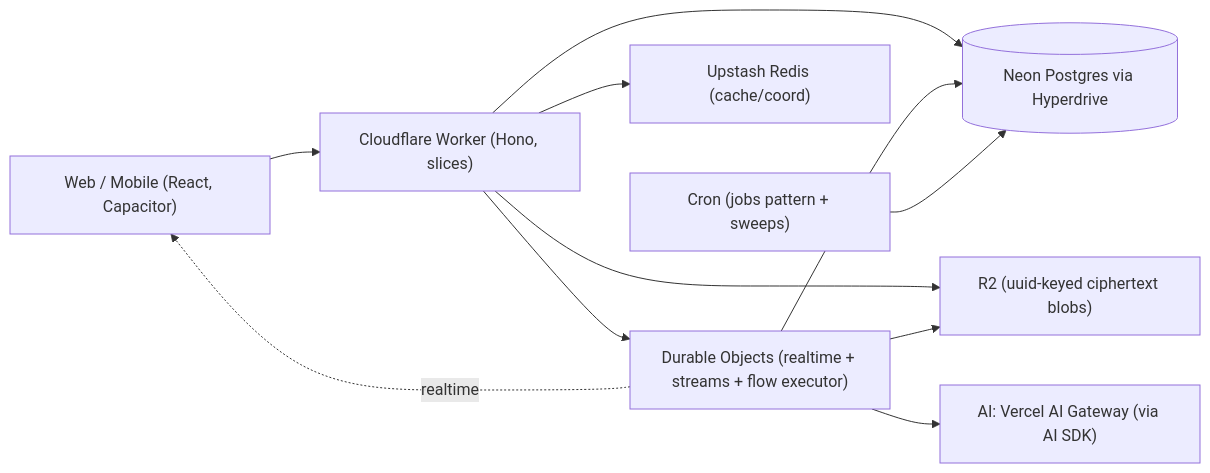
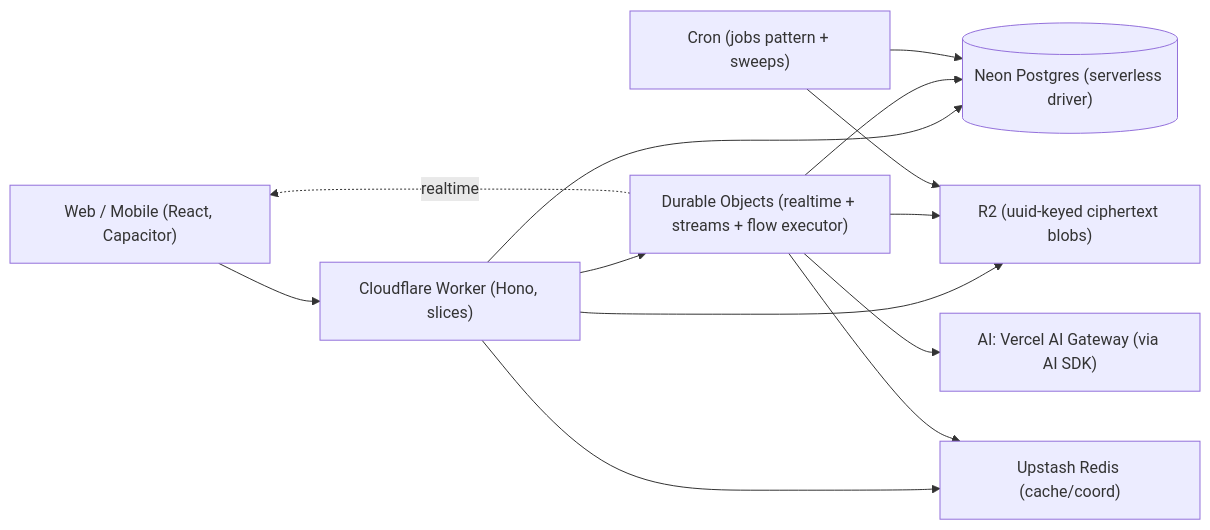
The diagram in docs/BACKEND-REDESIGN.md (LOME-AI/HushBox), drawn with Mermaid before and after one commit. The commit also changed other lines of this file, not shown here.

````diff
--- a/docs/BACKEND-REDESIGN.md
+++ b/docs/BACKEND-REDESIGN.md
@@ -130,22 +132,24 @@
 ```mermaid
 flowchart LR
   Client["Web / Mobile (React, Capacitor)"]
   Worker["Cloudflare Worker (Hono, slices)"]
   DO["Durable Objects (realtime + streams + flow executor)"]
-  PG[("Neon Postgres via Hyperdrive")]
+  PG[("Neon Postgres (serverless driver)")]
   R2["R2 (uuid-keyed ciphertext blobs)"]
   Redis["Upstash Redis (cache/coord)"]
   Prov["AI: Vercel AI Gateway (via AI SDK)"]
   Cron["Cron (jobs pattern + sweeps)"]
 
   Client --> Worker
   Worker --> PG
   Worker --> Redis
   Worker --> R2
   Worker --> DO
   DO --> Prov
   DO --> PG
   DO --> R2
+  DO --> Redis
   Cron --> PG
+  Cron --> R2
   DO -. realtime .-> Client
 ```
````
